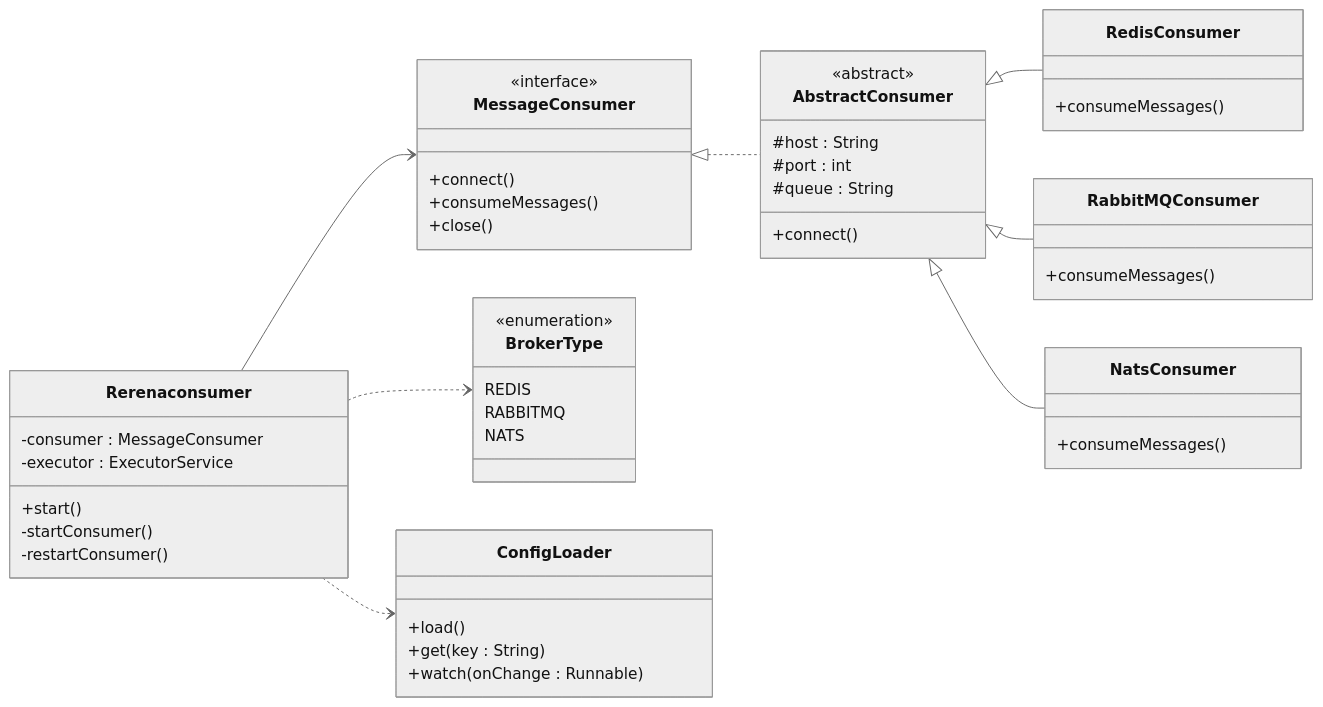
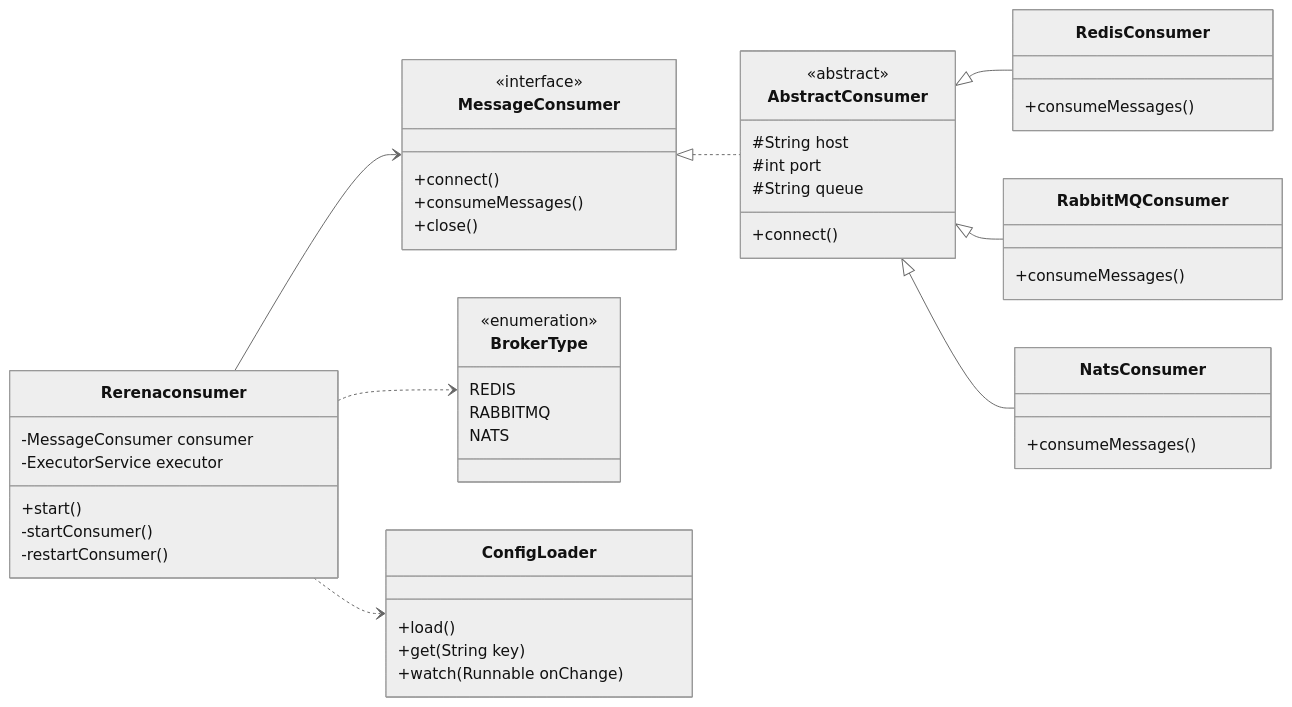
One commit to kxoals12/kxoals12.github.com changed the first of 2 diagrams in _posts/2025-12-13-rerena-consumer.md. Above: the diagram before and after it, drawn with Mermaid (neutral theme).

Commit message:
Refactor class properties to use type annotations

```diff
--- a/_posts/2025-12-13-rerena-consumer.md
+++ b/_posts/2025-12-13-rerena-consumer.md
@@ -46,61 +46,62 @@
 <div class="mermaid">
 classDiagram
     direction LR
 
     class MessageConsumer {
         <<interface>>
         +connect()
         +consumeMessages()
         +close()
     }
 
     class AbstractConsumer {
         <<abstract>>
-        #host : String
-        #port : int
-        #queue : String
+        #String host
+        #int port
+        #String queue
         +connect()
     }
 
     class BrokerType {
         <<enumeration>>
         REDIS
         RABBITMQ
         NATS
     }
 
     class RedisConsumer {
         +consumeMessages()
     }
 
     class RabbitMQConsumer {
         +consumeMessages()
     }
 
     class NatsConsumer {
         +consumeMessages()
     }
 
     class ConfigLoader {
         +load()
-        +get(key : String)
-        +watch(onChange : Runnable)
+        +get(String key)
+        +watch(Runnable onChange)
     }
 
     class Rerenaconsumer {
-        -consumer : MessageConsumer
-        -executor : ExecutorService
+        -MessageConsumer consumer
+        -ExecutorService executor
         +start()
         -startConsumer()
         -restartConsumer()
     }
 
+    %% 관계 정의
     MessageConsumer <|.. AbstractConsumer
     AbstractConsumer <|-- RedisConsumer
     AbstractConsumer <|-- RabbitMQConsumer
     AbstractConsumer <|-- NatsConsumer
 
     Rerenaconsumer --> MessageConsumer
     Rerenaconsumer ..> ConfigLoader
     Rerenaconsumer ..> BrokerType
 </div>
```
